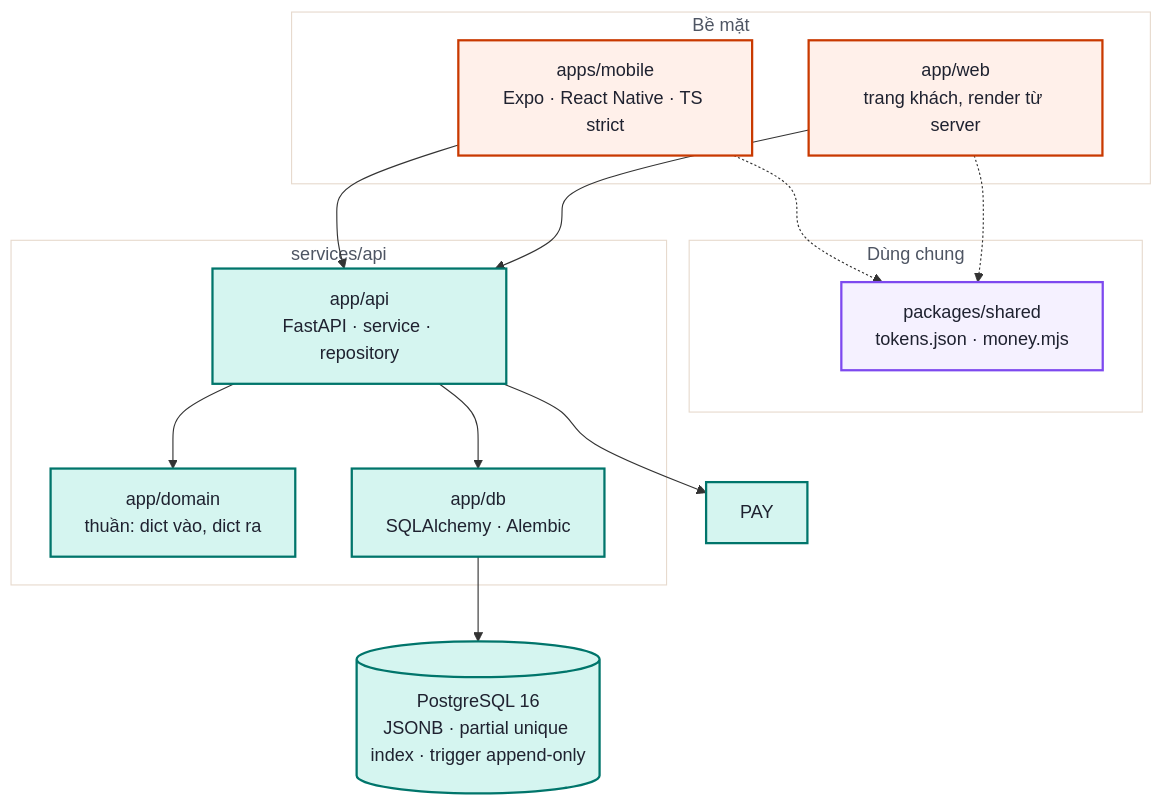
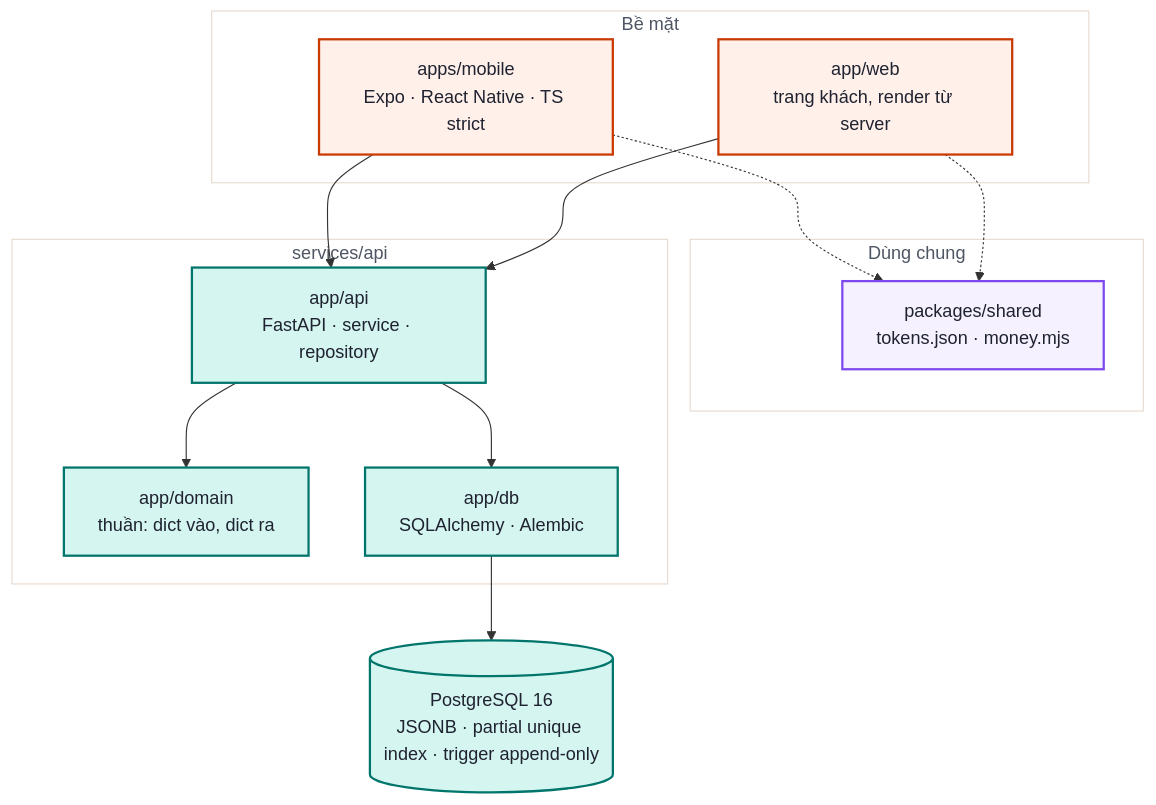
One commit to chuoibo/mobile changed the third of 3 diagrams in README.md. Above: the diagram before and after it, drawn with Mermaid.

Commit message:
docs: gỡ nốt cạnh A --> PAY và class PAY trong sơ đồ Mermaid (agy bắt ở #525: node mồ côi)

````diff
--- a/README.md
+++ b/README.md
@@ -219,35 +219,34 @@
 ```mermaid
 flowchart TB
     subgraph BM["Bề mặt"]
         M["apps/mobile<br/>Expo · React Native · TS strict"]
         W["app/web<br/>trang khách, render từ server"]
     end
     subgraph SH["Dùng chung"]
         P["packages/shared<br/>tokens.json · money.mjs"]
     end
     subgraph BE["services/api"]
         A["app/api<br/>FastAPI · service · repository"]
         DOM["app/domain<br/>thuần: dict vào, dict ra"]
         DB["app/db<br/>SQLAlchemy · Alembic"]
     end
     PG[("PostgreSQL 16<br/>JSONB · partial unique index · trigger append-only")]
 
     M --> A
     W --> A
     M -.-> P
     W -.-> P
     A --> DOM
     A --> DB
-    A --> PAY
     DB --> PG
 
     classDef brand fill:#fff0ea,stroke:#c93900,stroke-width:2px,color:#1f2230
     classDef ai fill:#f5f1ff,stroke:#7d49ef,stroke-width:2px,color:#1f2230
     classDef money fill:#d5f5f0,stroke:#00756b,stroke-width:2px,color:#1f2230
     class M,W brand
     class P ai
-    class A,DOM,DB,PAY,PG money
+    class A,DOM,DB,PG money
     style BM fill:#ffffff,stroke:#e7dace,color:#4e5563
     style SH fill:#ffffff,stroke:#e7dace,color:#4e5563
     style BE fill:#ffffff,stroke:#e7dace,color:#4e5563
 ```
````
